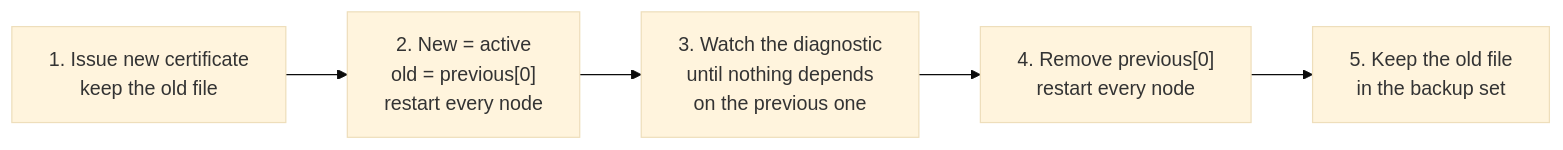
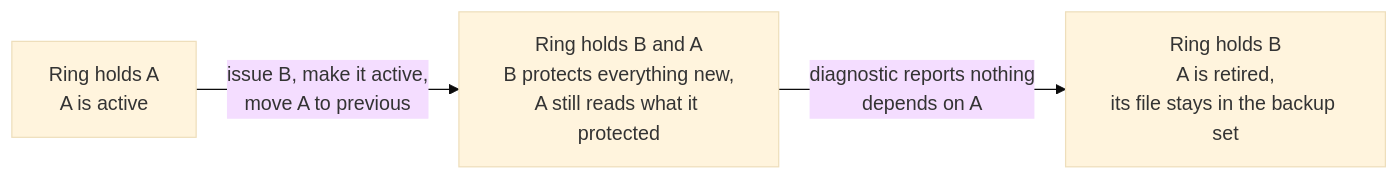
The diagram in Documentation/hosting/encryption-certificate.md (Cratis/Chronicle), drawn with Mermaid (base theme) before and after one commit. The commit also changed 2 other files, not shown here.

Commit message:
Point the Aspire and environment-variable references at the ring
The previous-certificate list has no builder method yet, so the Aspire
page shows the bind mount plus configuration that WithEncryptionCertificate
would otherwise have set.

````diff
--- a/Documentation/hosting/encryption-certificate.md
+++ b/Documentation/hosting/encryption-certificate.md
@@ -218,7 +218,5 @@
 ```mermaid
 flowchart LR
-    A["1. Issue new certificate<br/>keep the old file"] --> B["2. New = active<br/>old = previous[0]<br/>restart every node"]
-    B --> C["3. Watch the diagnostic<br/>until nothing depends<br/>on the previous one"]
-    C --> D["4. Remove previous[0]<br/>restart every node"]
-    D --> E["5. Keep the old file<br/>in the backup set"]
+    A["Ring holds A<br/>A is active"] -->|"issue B, make it active,<br/>move A to previous"| B["Ring holds B and A<br/>B protects everything new,<br/>A still reads what it protected"]
+    B -->|"diagnostic reports nothing<br/>depends on A"| C["Ring holds B<br/>A is retired,<br/>its file stays in the backup set"]
 ```
````
